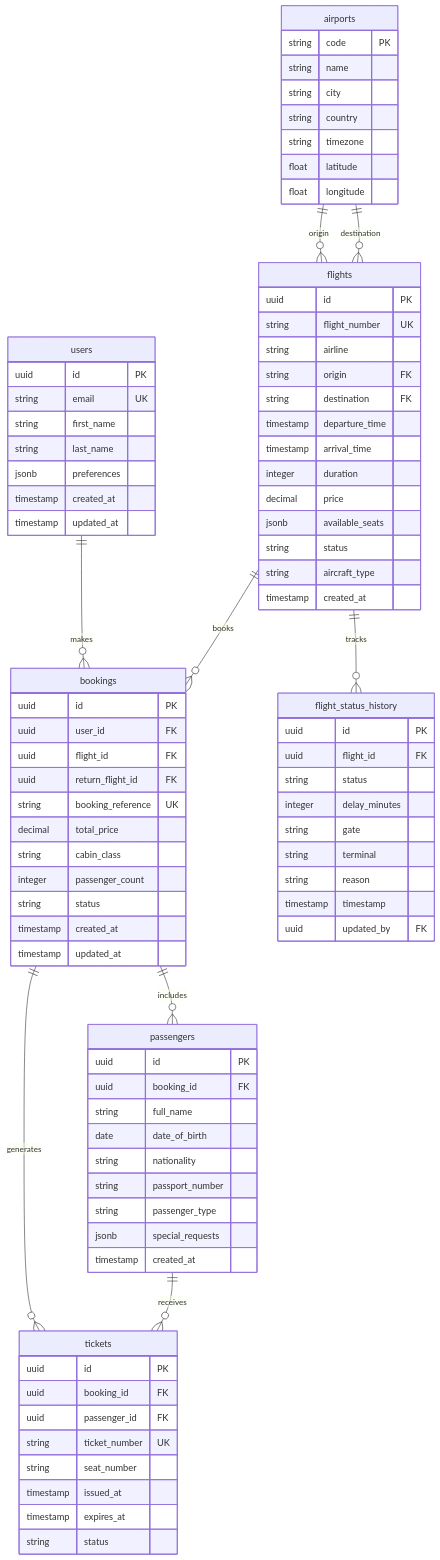
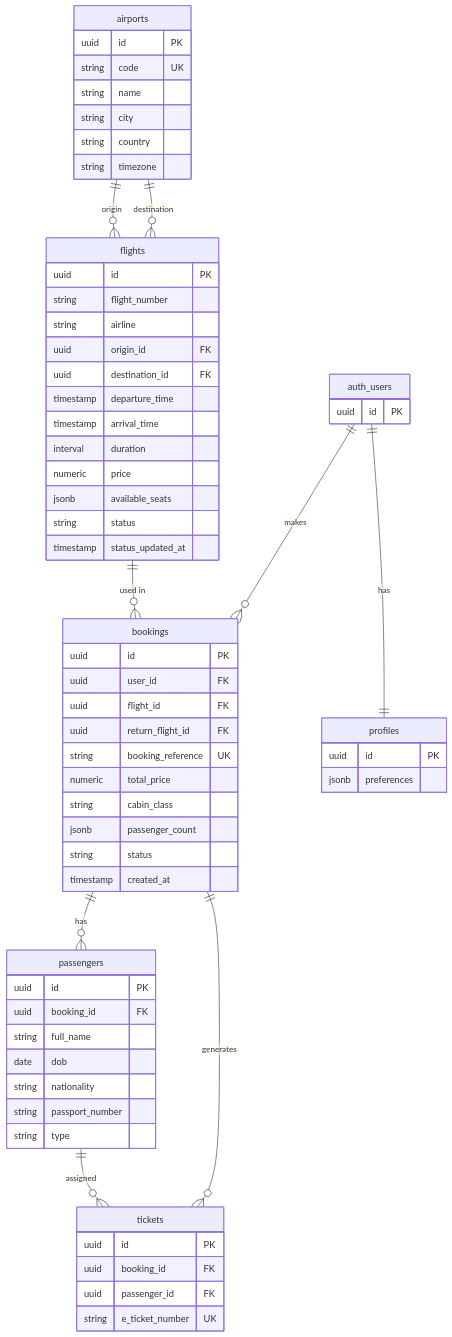
The eighth of 8 diagrams in README.md (samyak-max/flight-booking-system-backend), drawn with Mermaid before and after one commit. The commit also changed other lines of this file, not shown here.

````diff
--- a/README.md
+++ b/README.md
@@ -765,96 +770,76 @@
 ```mermaid
 erDiagram
-    users {
+    airports {
         uuid id PK
-        string email UK
-        string first_name
-        string last_name
-        jsonb preferences
-        timestamp created_at
-        timestamp updated_at
-    }
-    
-    airports {
-        string code PK
+        string code UK
         string name
         string city
         string country
         string timezone
-        float latitude
-        float longitude
     }
-    
+
     flights {
         uuid id PK
-        string flight_number UK
+        string flight_number
         string airline
-        string origin FK
-        string destination FK
+        uuid origin_id FK
+        uuid destination_id FK
         timestamp departure_time
         timestamp arrival_time
-        integer duration
-        decimal price
+        interval duration
+        numeric price
         jsonb available_seats
         string status
-        string aircraft_type
-        timestamp created_at
+        timestamp status_updated_at
     }
-    
+
     bookings {
         uuid id PK
         uuid user_id FK
         uuid flight_id FK
         uuid return_flight_id FK
         string booking_reference UK
-        decimal total_price
+        numeric total_price
         string cabin_class
-        integer passenger_count
+        jsonb passenger_count
         string status
         timestamp created_at
-        timestamp updated_at
     }
-    
+
     passengers {
         uuid id PK
         uuid booking_id FK
         string full_name
-        date date_of_birth
+        date dob
         string nationality
         string passport_number
-        string passenger_type
-        jsonb special_requests
-        timestamp created_at
+        string type
     }
-    
+
     tickets {
         uuid id PK
         uuid booking_id FK
         uuid passenger_id FK
-        string ticket_number UK
-        string seat_number
-        timestamp issued_at
-        timestamp expires_at
-        string status
+        string e_ticket_number UK
     }
-    
-    flight_status_history {
+
+    profiles {
         uuid id PK
-        uuid flight_id FK
-        string status
-        integer delay_minutes
-        string gate
-        string terminal
-        string reason
-        timestamp timestamp
-        uuid updated_by FK
+        jsonb preferences
     }
-    
-    users ||--o{ bookings : "makes"
+
+    auth_users {
+        uuid id PK
+    }
+
+    %% Relationships
+    auth_users ||--o{ bookings : "makes"
+    auth_users ||--|| profiles : "has"
     airports ||--o{ flights : "origin"
     airports ||--o{ flights : "destination"
-    flights ||--o{ bookings : "books"
-    bookings ||--o{ passengers : "includes"
+    flights ||--o{ bookings : "used in"
+    bookings ||--o{ passengers : "has"
     bookings ||--o{ tickets : "generates"
-    passengers ||--o{ tickets : "receives"
-    flights ||--o{ flight_status_history : "tracks"
+    passengers ||--o{ tickets : "assigned"
+
 ```
````
